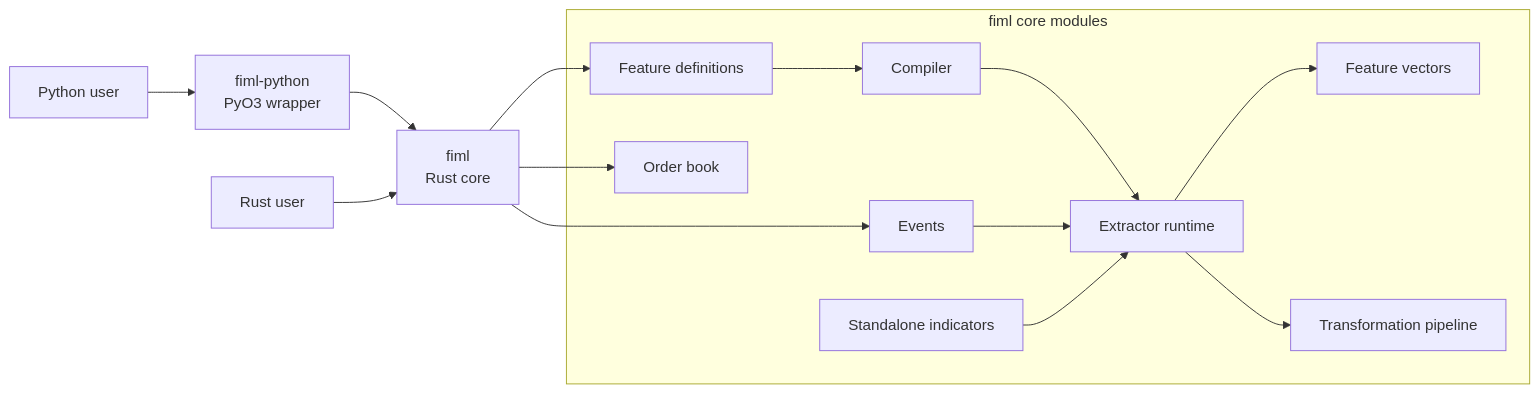
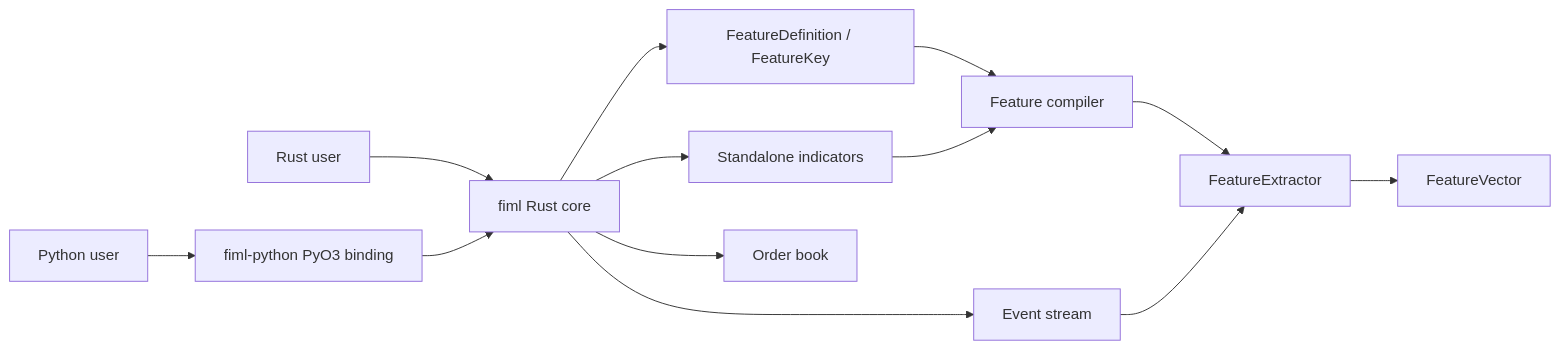
Before and after one commit to pbezglasny/fiml: the first of 7 diagrams in docs/project-schema.md, drawn with Mermaid. The commit also changed other lines of this file and 28 other files, not shown here.

````diff
--- a/docs/project-schema.md
+++ b/docs/project-schema.md
@@ -20,19 +15,17 @@
 ```mermaid
 flowchart LR
-    Python["Python user"] --> PyBindings["fiml-python<br/>PyO3 wrapper"]
-    PyBindings --> CoreCrate["fiml<br/>Rust core"]
-    RustUser["Rust user"] --> CoreCrate
+    RustUser["Rust user"] --> Core["fiml Rust core"]
+    PythonUser["Python user"] --> Binding["fiml-python PyO3 binding"]
+    Binding --> Core
 
-    subgraph CoreModules["fiml core modules"]
-        Definitions["Feature definitions"] --> Compiler["Compiler"]
-        Compiler --> Runtime["Extractor runtime"]
-        Events["Events"] --> Runtime
-        Indicators["Standalone indicators"] --> Runtime
-        Runtime --> Vectors["Feature vectors"]
-        Runtime --> Pipeline["Transformation pipeline"]
-        OrderBook["Order book"]
-    end
-    CoreCrate --> Definitions
-    CoreCrate --> Events
-    CoreCrate --> OrderBook
+    Definitions["FeatureDefinition / FeatureKey"] --> Compiler["Feature compiler"]
+    Compiler --> Extractor["FeatureExtractor"]
+    Events["Event stream"] --> Extractor
+    Indicators["Standalone indicators"] --> Compiler
+    Extractor --> Vectors["FeatureVector"]
+
+    Core --> Definitions
+    Core --> Events
+    Core --> Indicators
+    Core --> OrderBook["Order book"]
 ```
````
